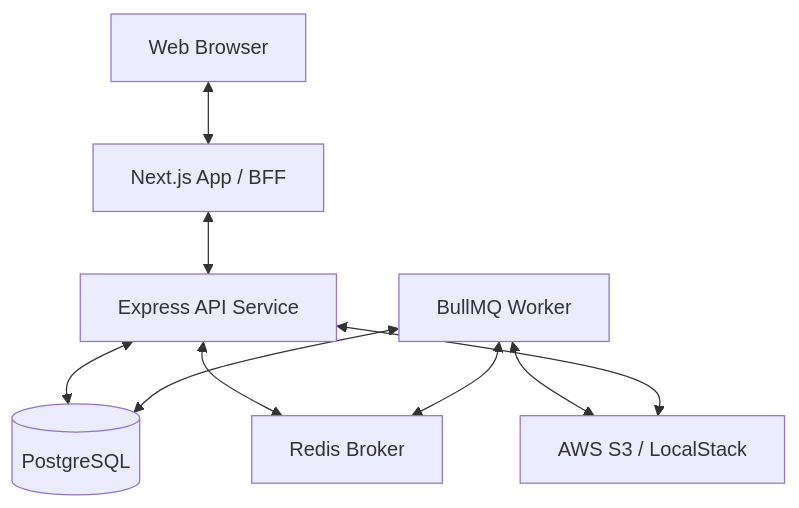
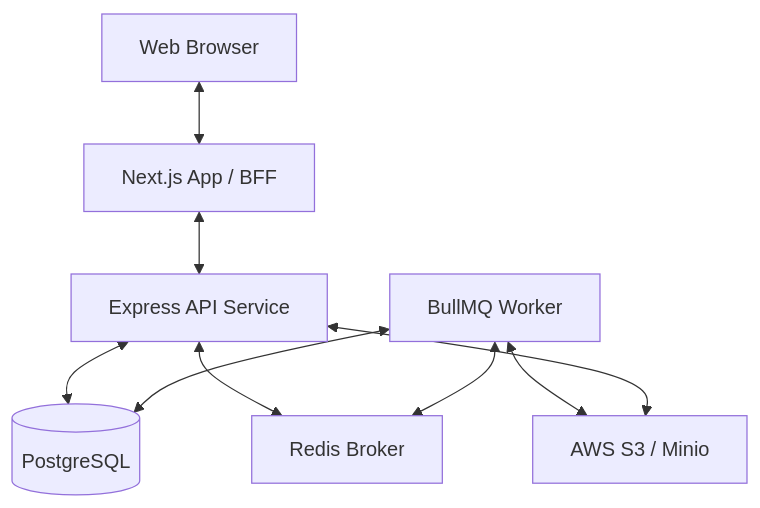
One commit to dat19082k3/test-03052026 changed the diagram in README.md. Above: the diagram before and after it, drawn with Mermaid. The commit also changed other lines of this file and 6 other files, not shown here.

````diff
--- a/README.md
+++ b/README.md
@@ -11,11 +11,11 @@
 ```mermaid
 graph TD
     Client[Web Browser] <--> Frontend[Next.js App / BFF]
     Frontend <--> Backend[Express API Service]
     Backend <--> DB[(PostgreSQL)]
     Backend <--> Redis[Redis Broker]
     Worker[BullMQ Worker] <--> Redis
     Worker <--> DB
-    Worker <--> S3[AWS S3 / LocalStack]
+    Worker <--> S3[AWS S3 / Minio]
     Backend <--> S3
 ```
````
